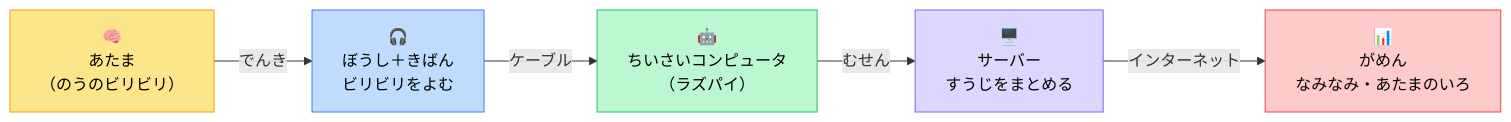
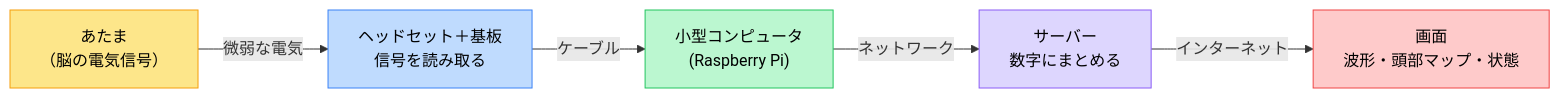
Before and after one commit to tyukei/pieeg_app: the first of 3 diagrams in docs/architecture.md, drawn with Mermaid. The commit also changed other lines of this file and 8 other files, not shown here.

First line of the commit message:
窓/スライド幅の可変対応・3D認知トラジェクトリ追加・アーキ図の表現調整

````diff
--- a/docs/architecture.md
+++ b/docs/architecture.md
@@ -14,19 +14,19 @@
 ```mermaid
 flowchart LR
-    A["🧠<br/>あたま<br/>（のうのビリビリ）"]
-    B["🎧<br/>ぼうし＋きばん<br/>ビリビリをよむ"]
-    C["🤖<br/>ちいさいコンピュータ<br/>（ラズパイ）"]
-    D["🖥️<br/>サーバー<br/>すうじをまとめる"]
-    E["📊<br/>がめん<br/>なみなみ・あたまのいろ"]
+    A["あたま<br/>（脳の電気信号）"]
+    B["ヘッドセット＋基板<br/>信号を読み取る"]
+    C["小型コンピュータ<br/>(Raspberry Pi)"]
+    D["サーバー<br/>数字にまとめる"]
+    E["画面<br/>波形・頭部マップ・状態"]
 
-    A -->|でんき| B
+    A -->|微弱な電気| B
     B -->|ケーブル| C
-    C -->|むせん| D
+    C -->|ネットワーク| D
     D -->|インターネット| E
 
     style A fill:#fde68a,stroke:#f59e0b,color:#000
     style B fill:#bfdbfe,stroke:#3b82f6,color:#000
     style C fill:#bbf7d0,stroke:#22c55e,color:#000
     style D fill:#ddd6fe,stroke:#8b5cf6,color:#000
     style E fill:#fecaca,stroke:#ef4444,color:#000
 ```
````
